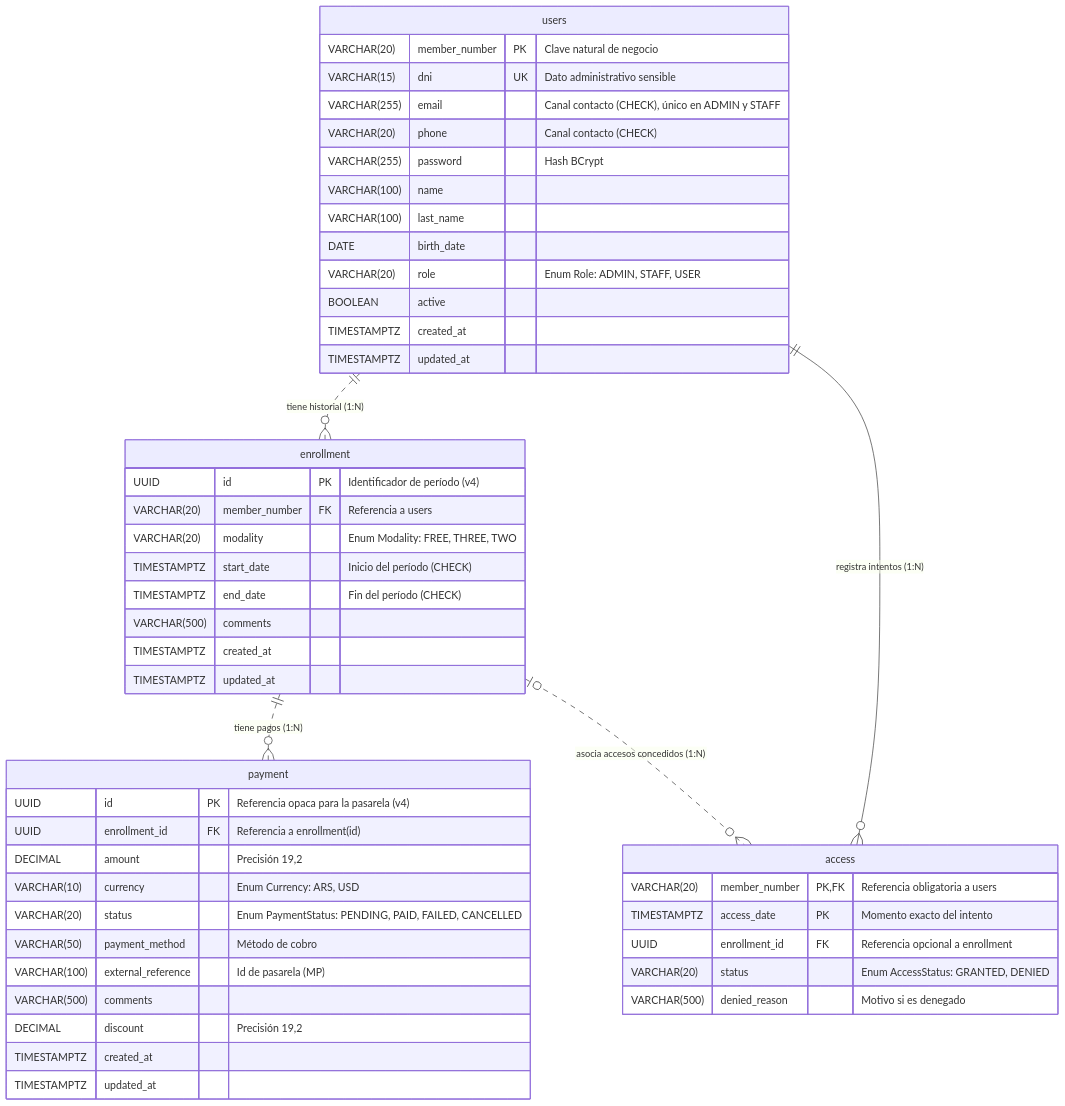
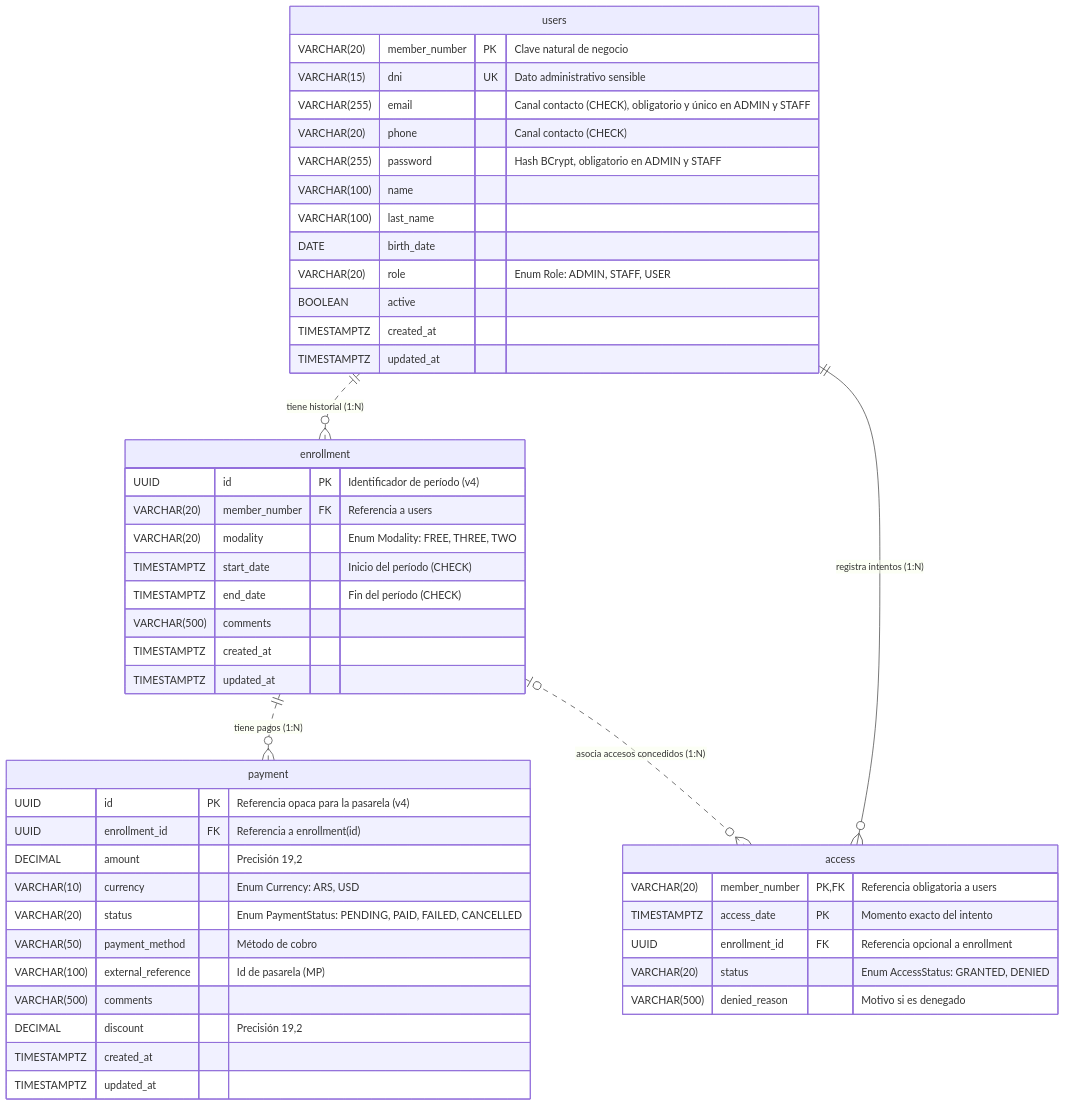
The diagram in docs/entidades.md (santiagovOK/TFI_grupo144), drawn with Mermaid before and after one commit. The commit also changed other lines of this file and 1 other file, not shown here.

Commit message:
refactor(schema): exigir email y contraseña al personal

````diff
--- a/docs/entidades.md
+++ b/docs/entidades.md
@@ -7,51 +7,51 @@
 ```mermaid
 erDiagram
     users {
         VARCHAR(20) member_number PK "Clave natural de negocio"
         VARCHAR(15) dni UK "Dato administrativo sensible"
-        VARCHAR(255) email "Canal contacto (CHECK), único en ADMIN y STAFF"
+        VARCHAR(255) email "Canal contacto (CHECK), obligatorio y único en ADMIN y STAFF"
         VARCHAR(20) phone "Canal contacto (CHECK)"
-        VARCHAR(255) password "Hash BCrypt"
+        VARCHAR(255) password "Hash BCrypt, obligatorio en ADMIN y STAFF"
         VARCHAR(100) name
         VARCHAR(100) last_name
         DATE birth_date
         VARCHAR(20) role "Enum Role: ADMIN, STAFF, USER"
         BOOLEAN active
         TIMESTAMPTZ created_at
         TIMESTAMPTZ updated_at
     }
     enrollment {
         UUID id PK "Identificador de período (v4)"
         VARCHAR(20) member_number FK "Referencia a users"
         VARCHAR(20) modality "Enum Modality: FREE, THREE, TWO"
         TIMESTAMPTZ start_date "Inicio del período (CHECK)"
         TIMESTAMPTZ end_date "Fin del período (CHECK)"
         VARCHAR(500) comments
         TIMESTAMPTZ created_at
         TIMESTAMPTZ updated_at
     }
     payment {
         UUID id PK "Referencia opaca para la pasarela (v4)"
         UUID enrollment_id FK "Referencia a enrollment(id)"
         DECIMAL amount "Precisión 19,2"
         VARCHAR(10) currency "Enum Currency: ARS, USD"
         VARCHAR(20) status "Enum PaymentStatus: PENDING, PAID, FAILED, CANCELLED"
         VARCHAR(50) payment_method "Método de cobro"
         VARCHAR(100) external_reference "Id de pasarela (MP)"
         VARCHAR(500) comments
         DECIMAL discount "Precisión 19,2"
         TIMESTAMPTZ created_at
         TIMESTAMPTZ updated_at
     }
     access {
         VARCHAR(20) member_number PK,FK "Referencia obligatoria a users"
         TIMESTAMPTZ access_date PK "Momento exacto del intento"
         UUID enrollment_id FK "Referencia opcional a enrollment"
         VARCHAR(20) status "Enum AccessStatus: GRANTED, DENIED"
         VARCHAR(500) denied_reason "Motivo si es denegado"
     }
     users ||..o{ enrollment : "tiene historial (1:N)"
     users ||--o{ access : "registra intentos (1:N)"
     enrollment ||..o{ payment : "tiene pagos (1:N)"
     enrollment |o..o{ access : "asocia accesos concedidos (1:N)"
 ```
````
